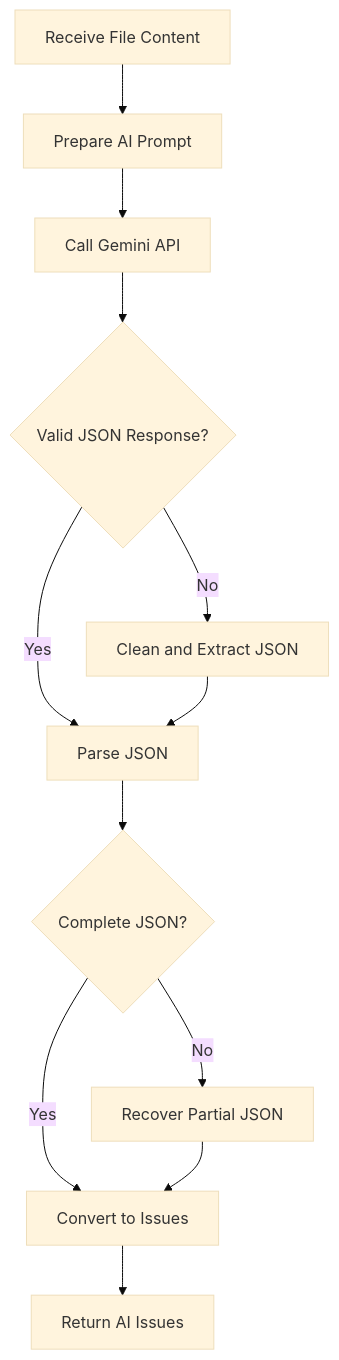
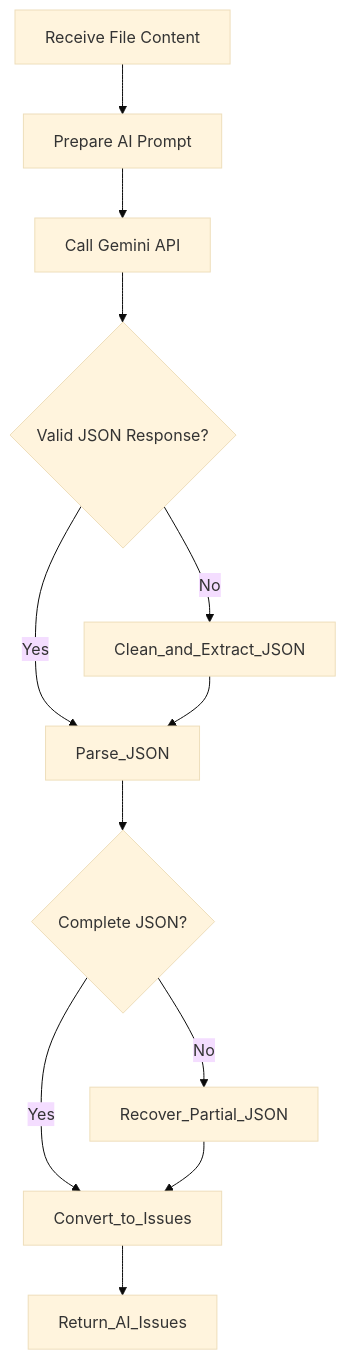
One commit to EuclidStellar/golloraa changed the sixth of 6 diagrams in logical_flow.md. Above: the diagram before and after it, drawn with Mermaid (base theme). The commit also changed other lines of this file, not shown here.

First line of the commit message:
Refactor logical flow diagrams for consistency

````diff
--- a/logical_flow.md
+++ b/logical_flow.md
@@ -168,18 +148,14 @@
 ```mermaid
 flowchart TD
     A[Receive File Content] --> B[Prepare AI Prompt]
     B --> C[Call Gemini API]
     C --> D{Valid JSON Response?}
-    
-    D -->|Yes| F[Parse JSON]
-    D -->|No| E[Clean and Extract JSON]
-    E --> F
-    
-    F --> G{Complete JSON?}
-    G -->|Yes| I[Convert to Issues]
-    G -->|No| H[Recover Partial JSON]
-    H --> I
-    
-    I --> J[Return AI Issues]
-
+    D -->|Yes| Parse_JSON
+    D -->|No| Clean_and_Extract_JSON
+    Clean_and_Extract_JSON --> Parse_JSON
+    Parse_JSON --> E{Complete JSON?}
+    E -->|Yes| Convert_to_Issues
+    E -->|No| Recover_Partial_JSON
+    Recover_Partial_JSON --> Convert_to_Issues
+    Convert_to_Issues --> Return_AI_Issues
 ```
````
